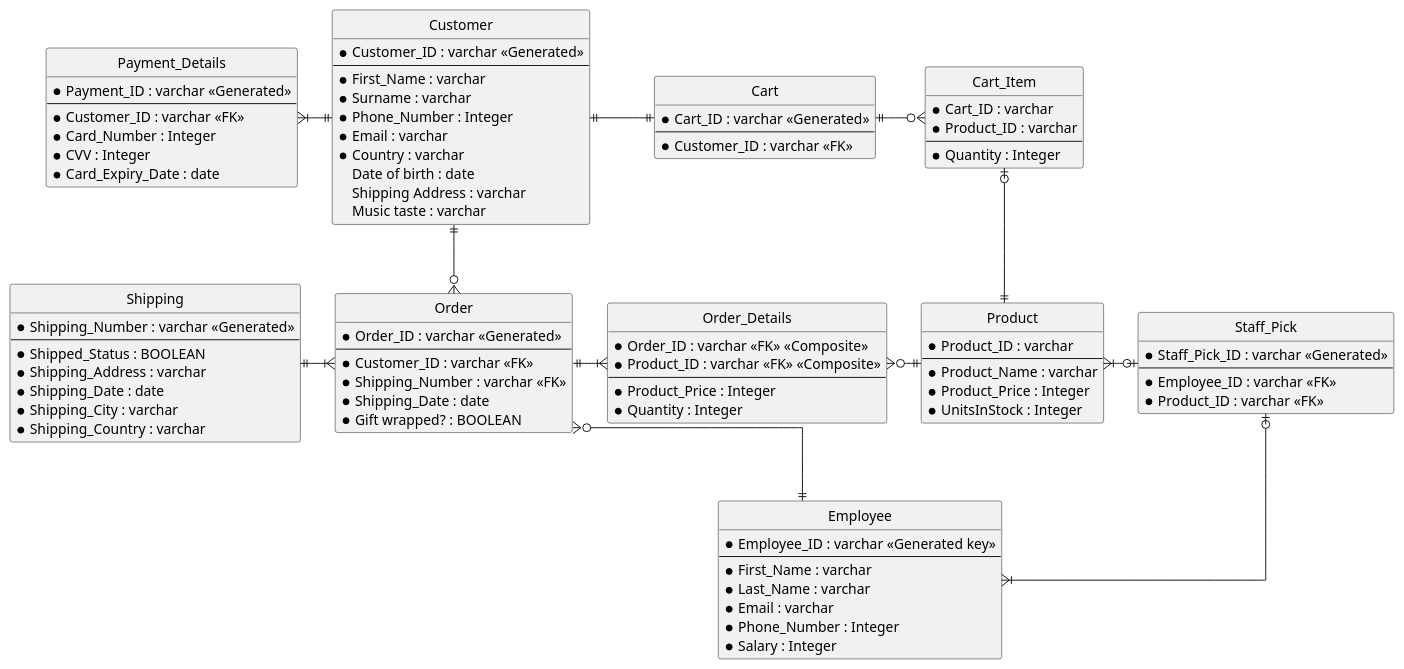
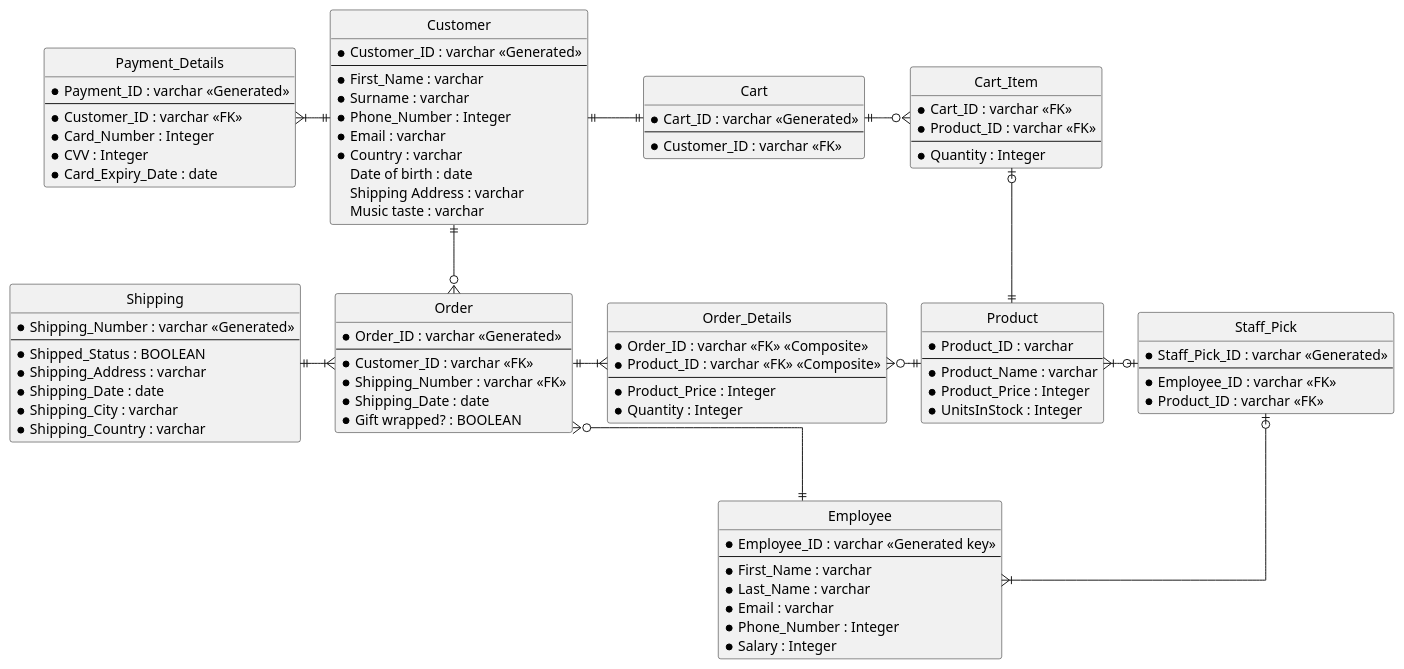
One commit to shaystevens/INFO201-assignments changed the diagram in milestone2/HVLo-Fi-erd.puml. Above: the diagram before and after it, drawn with PlantUML.

Commit message:
Updated foreign keys in ERD

```diff
--- a/milestone2/HVLo-Fi-erd.puml
+++ b/milestone2/HVLo-Fi-erd.puml
@@ -1,106 +1,106 @@
 @startuml HV Lo-Fi
 
 skinparam Style StrictUML
 skinparam LineType ortho
 skinparam monochrome true
 
 class Customer {
     * Customer_ID : varchar <<Generated>>
 --
     * First_Name : varchar
     * Surname : varchar
     * Phone_Number : Integer
     * Email : varchar
     * Country : varchar
     Date of birth : date
     Shipping Address : varchar
     Music taste : varchar
 }
 
 class Product {
     * Product_ID : varchar
 --
     * Product_Name : varchar
     * Product_Price : Integer
     * UnitsInStock : Integer
 }
 
 class Order {
     * Order_ID : varchar <<Generated>>
 --
     * Customer_ID : varchar <<FK>>
     * Shipping_Number : varchar <<FK>>
     * Shipping_Date : date
     * Gift wrapped? : BOOLEAN
 }
 
 class Shipping {
     * Shipping_Number : varchar <<Generated>>
 --
     * Shipped_Status : BOOLEAN
     * Shipping_Address : varchar
     * Shipping_Date : date
     * Shipping_City : varchar
     * Shipping_Country : varchar
 }
 
 class Payment_Details {
     * Payment_ID : varchar <<Generated>>
 --
     * Customer_ID : varchar <<FK>>
     * Card_Number : Integer
     * CVV : Integer
     * Card_Expiry_Date : date
 }
 
 class Order_Details {
     * Order_ID : varchar <<FK>> <<Composite>>
     * Product_ID : varchar <<FK>> <<Composite>>
 --
     * Product_Price : Integer
     * Quantity : Integer
 }
 
 class Cart {
     * Cart_ID : varchar <<Generated>>
 --
     * Customer_ID : varchar <<FK>>
 }
 
 class Cart_Item {
-    * Cart_ID : varchar 
-    * Product_ID : varchar
+    * Cart_ID : varchar <<FK>>
+    * Product_ID : varchar <<FK>>
 --
     * Quantity : Integer
 }
 
 class Employee {
     * Employee_ID : varchar <<Generated key>>
 --
     * First_Name : varchar
     * Last_Name : varchar
     * Email : varchar
     * Phone_Number : Integer
     * Salary : Integer
 }
 
 class Staff_Pick {
     * Staff_Pick_ID : varchar <<Generated>>
 --
     * Employee_ID : varchar <<FK>>
     * Product_ID : varchar <<FK>>
 }
 
 Customer ||--o{ Order
 Customer ||-|| Cart
 Cart ||-o{ Cart_Item
 Cart_Item |o-|| Product
 Payment_Details }|-|| Customer
 Shipping ||-|{ Order
 Order ||-|{ Order_Details
 Order_Details }o-|| Product
 Staff_Pick |o--|{ Employee
 Product }|-o| Staff_Pick
 Order }o--|| Employee
 
 @enduml
```
